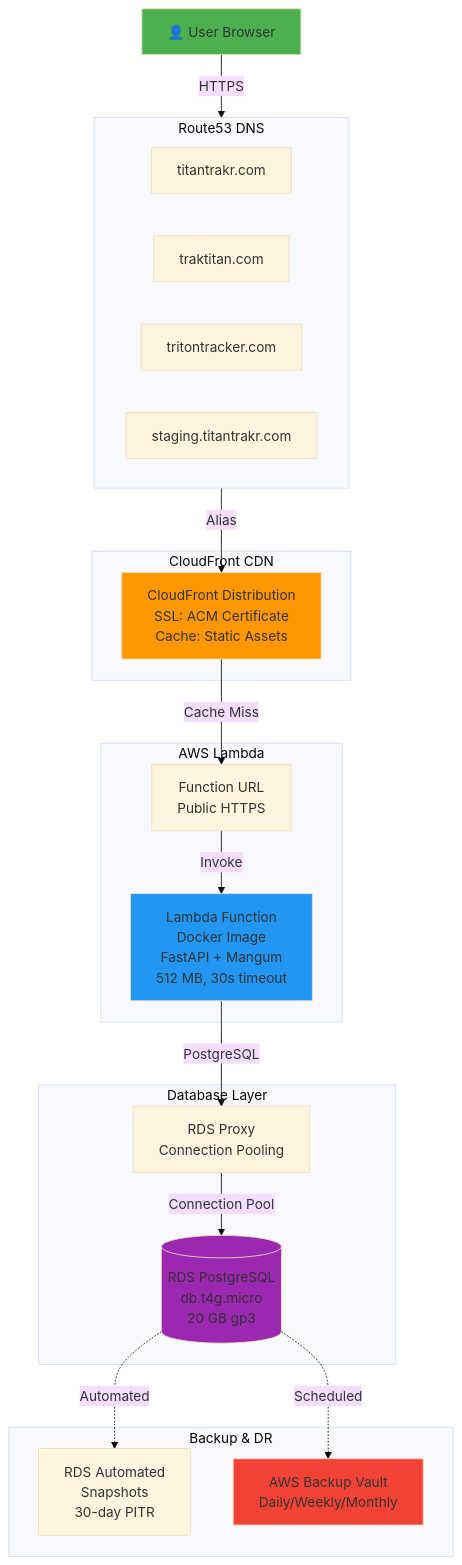
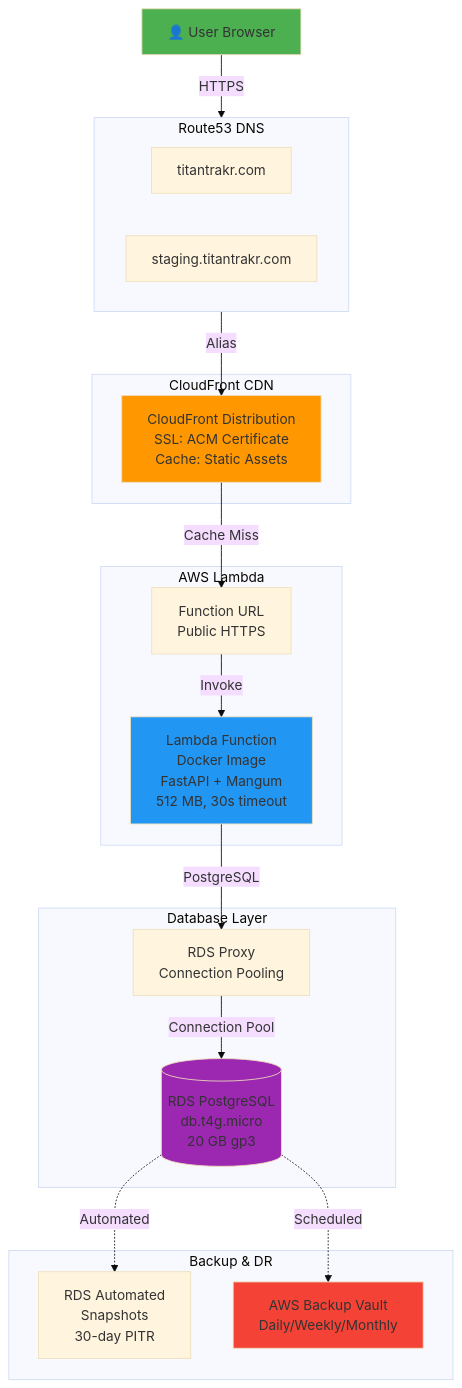
Before and after one commit to fibbonacciBear/gym_app: the first of 17 diagrams in infrastructure/AWS_DEPLOYMENT_ARCHITECTURE.md, drawn with Mermaid (base theme). The commit also changed other lines of this file and 57 other files, not shown here.

````diff
--- a/infrastructure/AWS_DEPLOYMENT_ARCHITECTURE.md
+++ b/infrastructure/AWS_DEPLOYMENT_ARCHITECTURE.md
@@ -11,45 +11,43 @@
 ```mermaid
 graph TB
     User[👤 User Browser]
     
     subgraph DNS["Route53 DNS"]
         D1[titantrakr.com]
-        D2[traktitan.com]
-        D3[tritontracker.com]
-        D4[staging.titantrakr.com]
+        D2[staging.titantrakr.com]
     end
     
     subgraph CDN["CloudFront CDN"]
         CF[CloudFront Distribution<br/>SSL: ACM Certificate<br/>Cache: Static Assets]
     end
     
     subgraph Compute["AWS Lambda"]
         L[Lambda Function<br/>Docker Image<br/>FastAPI + Mangum<br/>512 MB, 30s timeout]
         URL[Function URL<br/>Public HTTPS]
     end
     
     subgraph Database["Database Layer"]
         Proxy[RDS Proxy<br/>Connection Pooling]
         DB[(RDS PostgreSQL<br/>db.t4g.micro<br/>20 GB gp3)]
     end
     
     subgraph Backup["Backup & DR"]
         Snap[RDS Automated<br/>Snapshots<br/>30-day PITR]
         Vault[AWS Backup Vault<br/>Daily/Weekly/Monthly]
     end
     
     User -->|HTTPS| DNS
     DNS -->|Alias| CF
     CF -->|Cache Miss| URL
     URL -->|Invoke| L
     L -->|PostgreSQL| Proxy
     Proxy -->|Connection Pool| DB
     DB -.->|Automated| Snap
     DB -.->|Scheduled| Vault
     
     style User fill:#4CAF50
     style CF fill:#FF9800
     style L fill:#2196F3
     style DB fill:#9C27B0
     style Vault fill:#F44336
 ```
````
